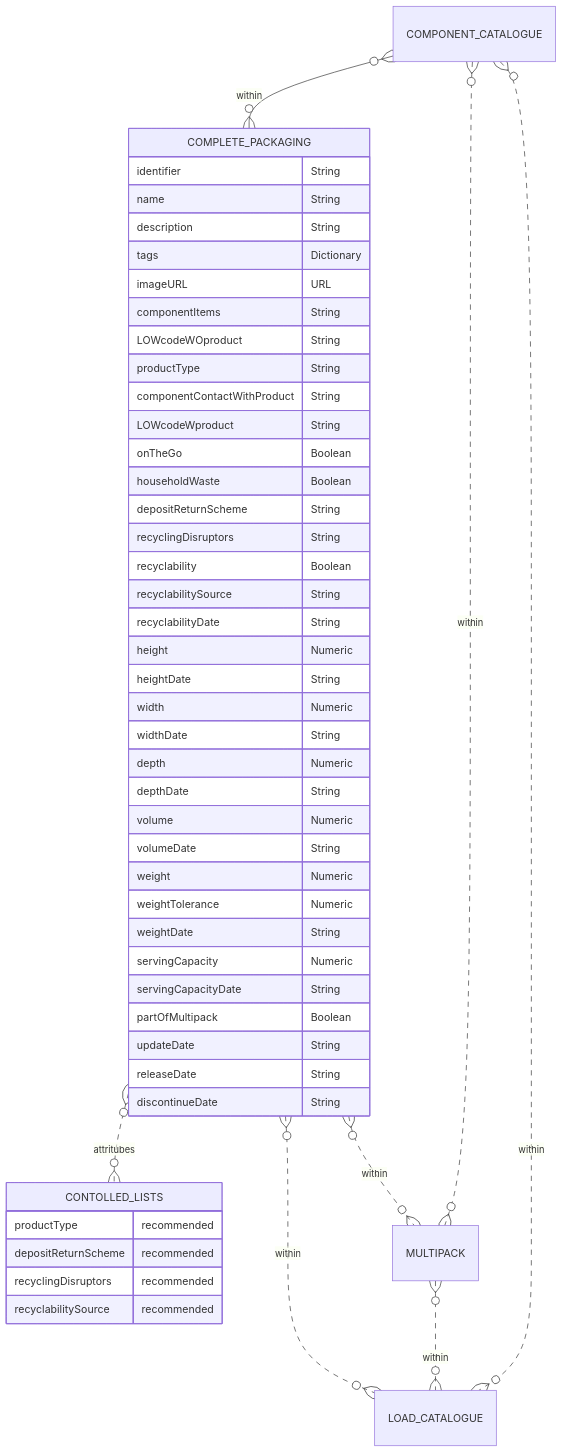
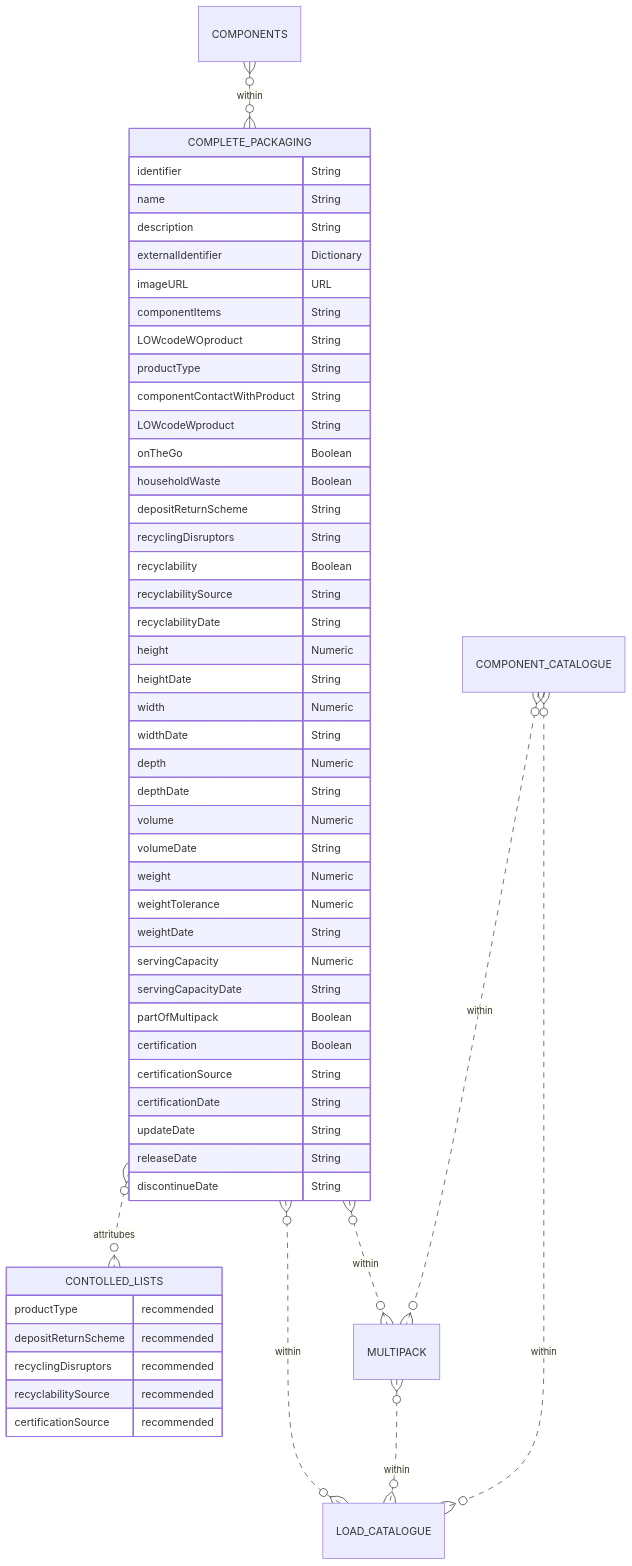
Before and after one commit to OpenDataManchester/Open3P: the diagram in docs/3_Data_Specification/3_4_Complete_Packaging.md, drawn with Mermaid. The commit also changed other lines of this file and 1 other file, not shown here.

Commit message:
Updated Complete Packaging

````diff
--- a/docs/3_Data_Specification/3_4_Complete_Packaging.md
+++ b/docs/3_Data_Specification/3_4_Complete_Packaging.md
@@ -49,52 +52,56 @@
 ``` mermaid
 erDiagram
-COMPONENT_CATALOGUE }o--o{ COMPLETE_PACKAGING : within
+COMPONENTS }o--o{ COMPLETE_PACKAGING : within
   COMPLETE_PACKAGING {
     identifier String
     name String
     description String
-    tags Dictionary
+    externalIdentifier Dictionary
     imageURL URL
     componentItems String
     LOWcodeWOproduct String
     productType String
     componentContactWithProduct String
     LOWcodeWproduct String
     onTheGo Boolean
     householdWaste Boolean
     depositReturnScheme String
     recyclingDisruptors String
     recyclability Boolean
     recyclabilitySource String
     recyclabilityDate String
     height Numeric
     heightDate String
     width Numeric
     widthDate String
     depth Numeric
     depthDate String
     volume Numeric
     volumeDate String
     weight Numeric
     weightTolerance Numeric
     weightDate String
     servingCapacity Numeric
     servingCapacityDate String
     partOfMultipack Boolean
+    certification Boolean
+    certificationSource String
+    certificationDate String
     updateDate String
     releaseDate String
     discontinueDate String
   }
   COMPLETE_PACKAGING }o..o{ CONTOLLED_LISTS : attritubes
   COMPLETE_PACKAGING }o..o{ MULTIPACK : within
   COMPONENT_CATALOGUE }o..o{ MULTIPACK : within
   COMPLETE_PACKAGING }o..o{ LOAD_CATALOGUE : within
   MULTIPACK }o..o{ LOAD_CATALOGUE : within
   COMPONENT_CATALOGUE }o..o{ LOAD_CATALOGUE : within
       CONTOLLED_LISTS {
     productType recommended
     depositReturnScheme recommended
     recyclingDisruptors recommended
     recyclabilitySource recommended
+    certificationSource recommended
   }
 ```
````
